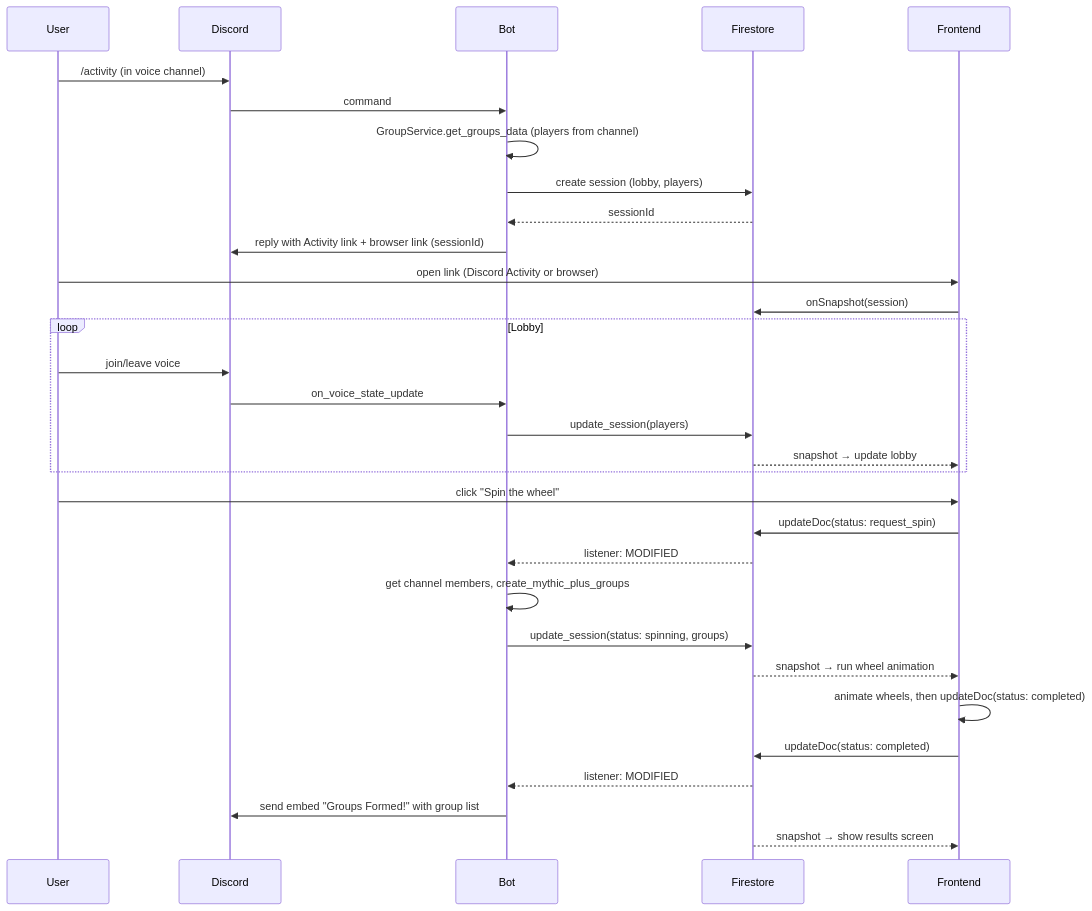
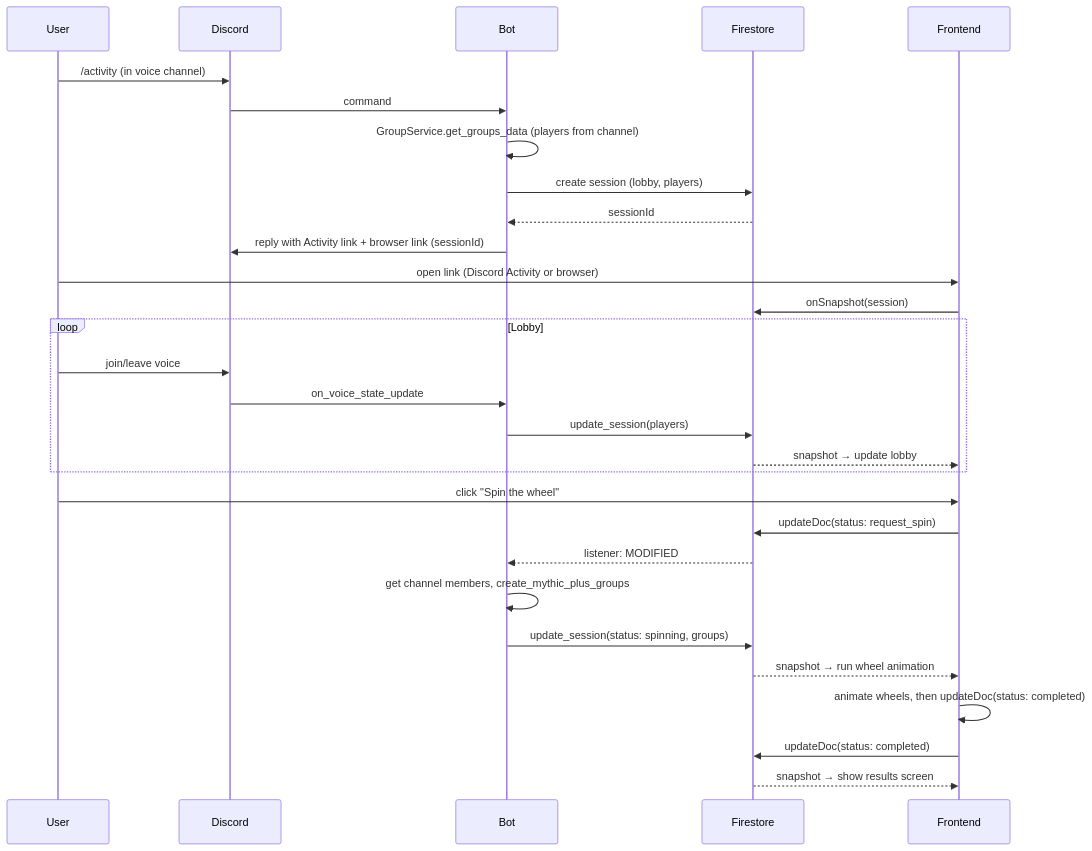
The third of 4 diagrams in ARCHITECTURE.md (TytaniumDev/MythicPlusDiscordBot), drawn with Mermaid before and after one commit. The commit also changed other lines of this file, not shown here.

First line of the commit message:
📜 Scribe: Updated Technical ARCHITECTURE.md

````diff
--- a/ARCHITECTURE.md
+++ b/ARCHITECTURE.md
@@ -173,36 +173,34 @@
 ```mermaid
 sequenceDiagram
     participant User
     participant Discord
     participant Bot
     participant Firestore
     participant Frontend
 
     User->>Discord: /activity (in voice channel)
     Discord->>Bot: command
     Bot->>Bot: GroupService.get_groups_data (players from channel)
     Bot->>Firestore: create session (lobby, players)
     Firestore-->>Bot: sessionId
     Bot->>Discord: reply with Activity link + browser link (sessionId)
     User->>Frontend: open link (Discord Activity or browser)
     Frontend->>Firestore: onSnapshot(session)
 
     loop Lobby
         User->>Discord: join/leave voice
         Discord->>Bot: on_voice_state_update
         Bot->>Firestore: update_session(players)
         Firestore-->>Frontend: snapshot → update lobby
     end
 
     User->>Frontend: click "Spin the wheel"
     Frontend->>Firestore: updateDoc(status: request_spin)
     Firestore-->>Bot: listener: MODIFIED
     Bot->>Bot: get channel members, create_mythic_plus_groups
     Bot->>Firestore: update_session(status: spinning, groups)
     Firestore-->>Frontend: snapshot → run wheel animation
     Frontend->>Frontend: animate wheels, then updateDoc(status: completed)
     Frontend->>Firestore: updateDoc(status: completed)
-    Firestore-->>Bot: listener: MODIFIED
-    Bot->>Discord: send embed "Groups Formed!" with group list
     Firestore-->>Frontend: snapshot → show results screen
 ```
````
